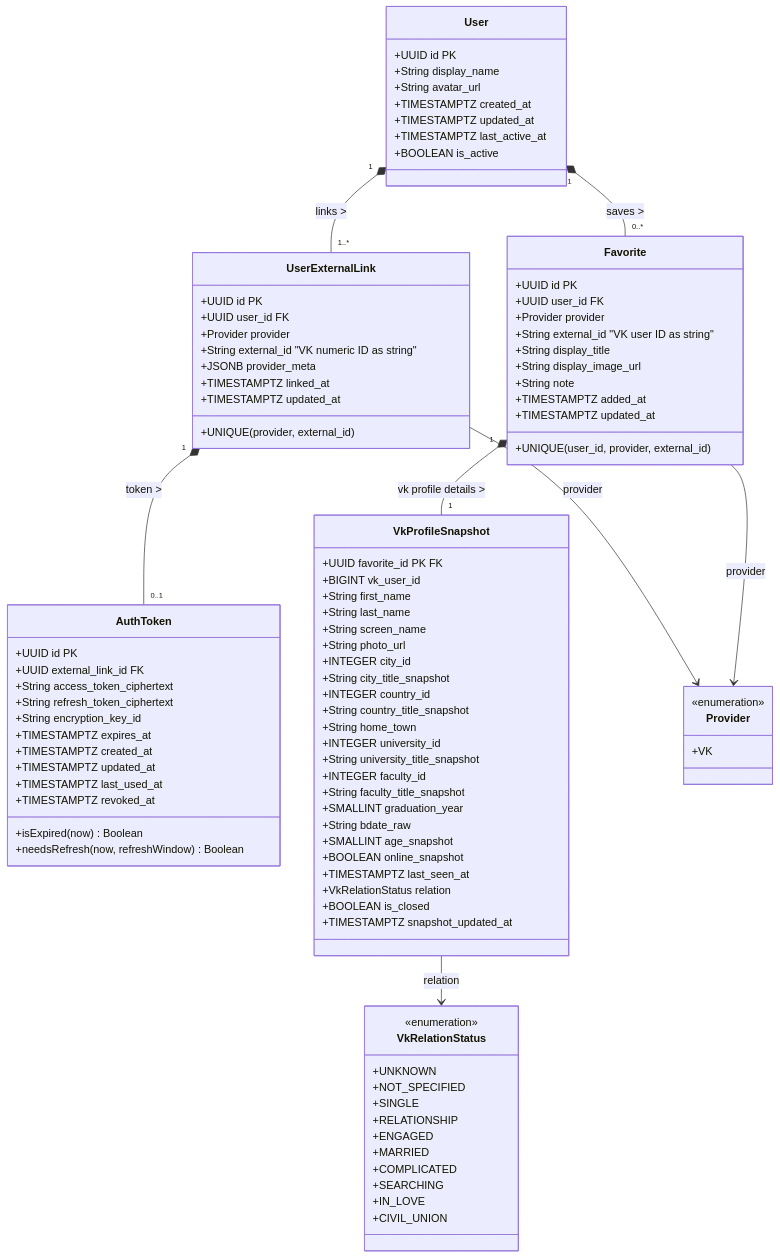
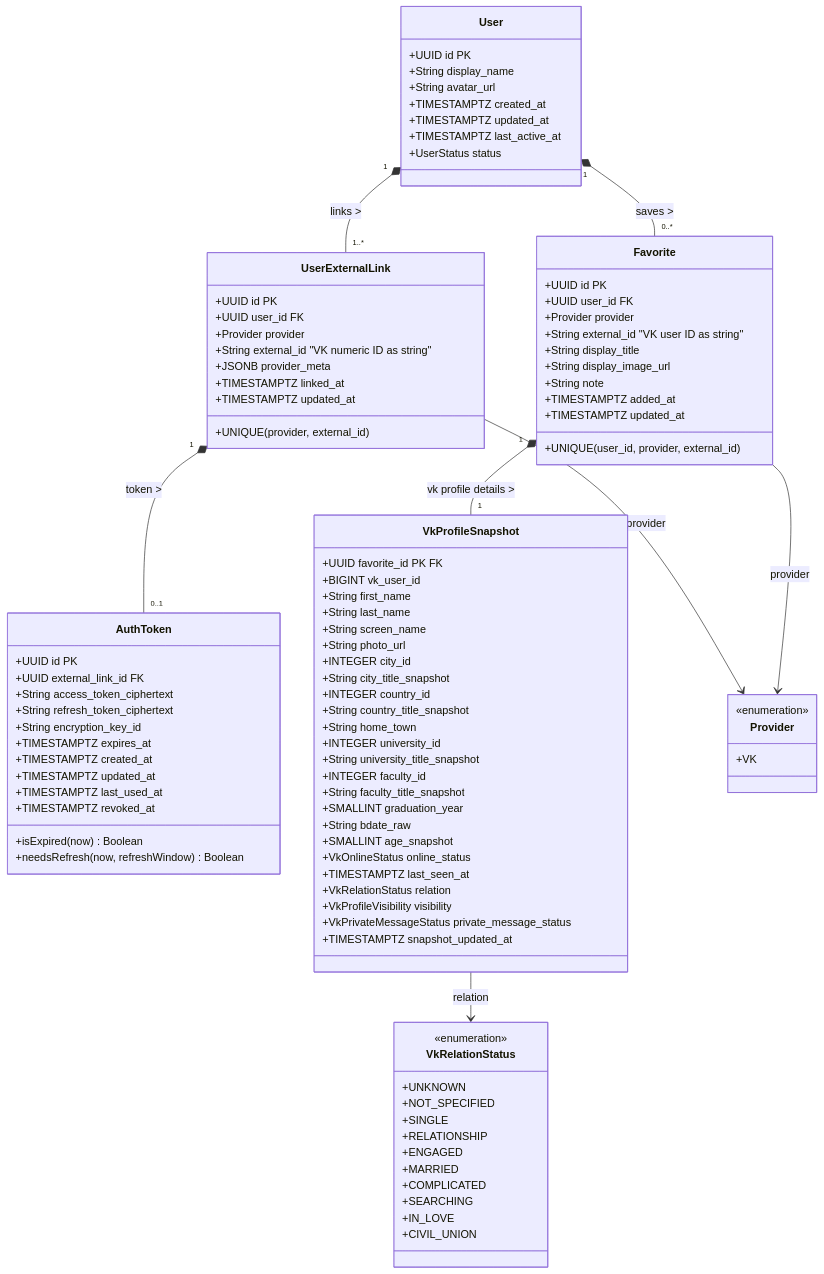
The first of 4 diagrams in docs/superpowers/specs/2026-05-03-auth-favorites-domain-and-contracts.md (grachevelloper/findNmeet-back), drawn with Mermaid before and after one commit. The commit also changed other lines of this file and 81 other files, not shown here.

```diff
--- a/docs/superpowers/specs/2026-05-03-auth-favorites-domain-and-contracts.md
+++ b/docs/superpowers/specs/2026-05-03-auth-favorites-domain-and-contracts.md
@@ -24,7 +24,7 @@
         +TIMESTAMPTZ created_at
         +TIMESTAMPTZ updated_at
         +TIMESTAMPTZ last_active_at
-        +BOOLEAN is_active
+        +UserStatus status
     }
 
     class UserExternalLink {
@@ -85,10 +85,11 @@
         +SMALLINT graduation_year
         +String bdate_raw
         +SMALLINT age_snapshot
-        +BOOLEAN online_snapshot
+        +VkOnlineStatus online_status
         +TIMESTAMPTZ last_seen_at
         +VkRelationStatus relation
-        +BOOLEAN is_closed
+        +VkProfileVisibility visibility
+        +VkPrivateMessageStatus private_message_status
         +TIMESTAMPTZ snapshot_updated_at
     }
 
```
